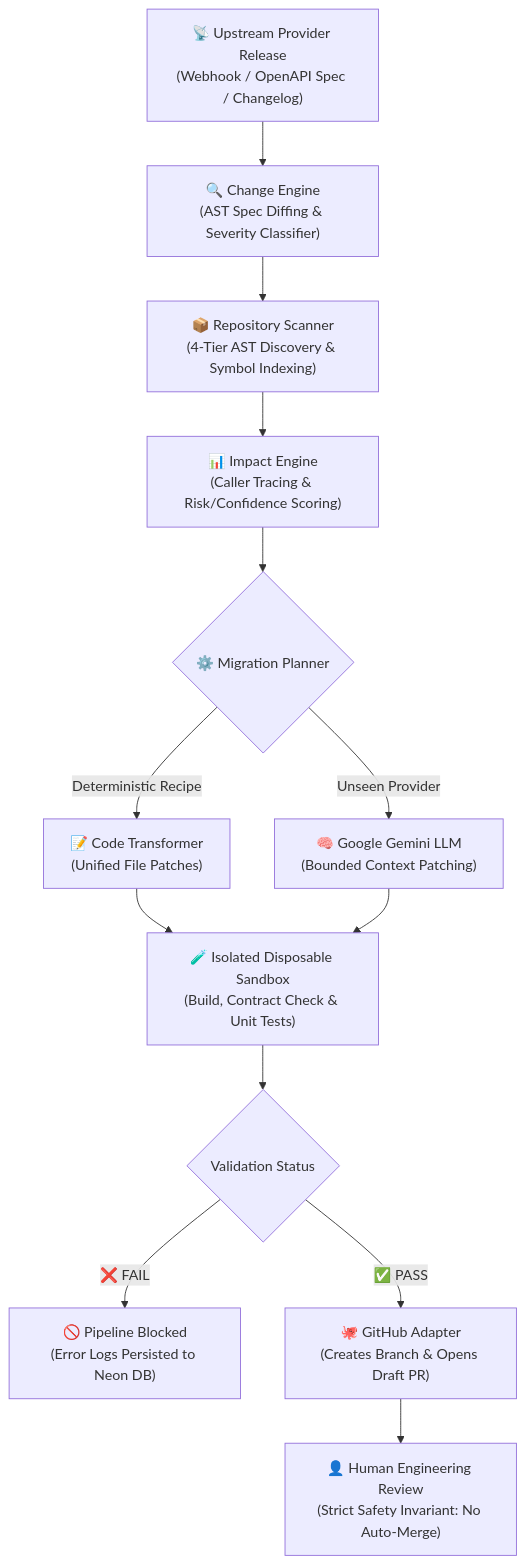
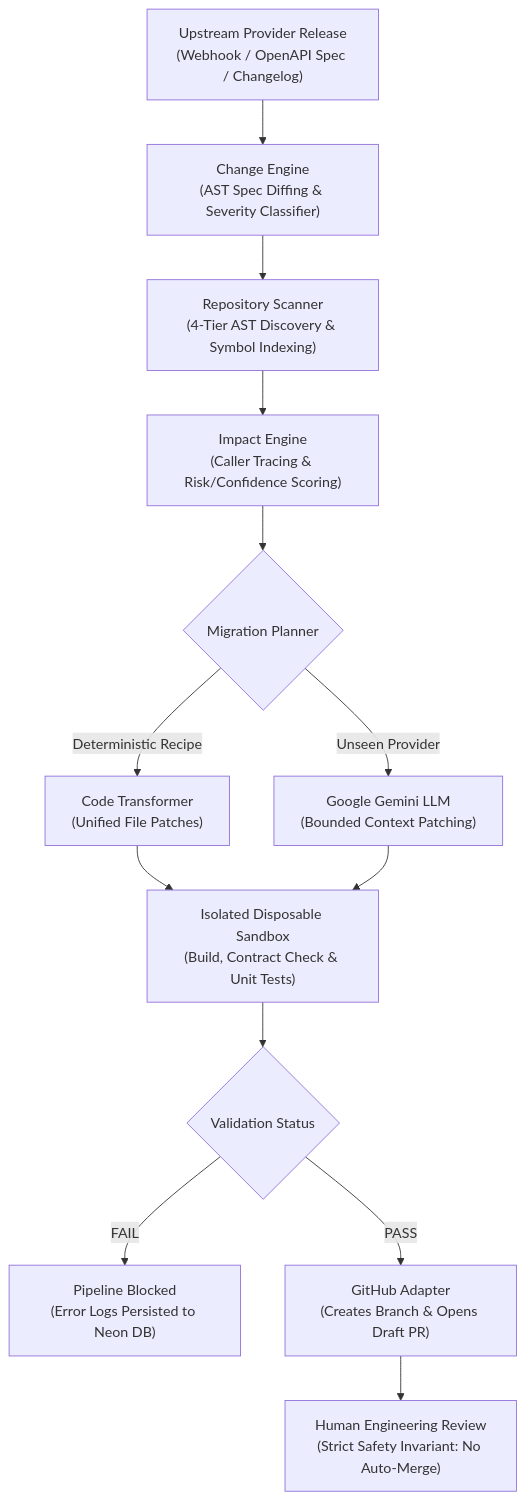
Before and after one commit to rizzzabh-06/self-maintaining-apis: the first of 2 diagrams in README.md, drawn with Mermaid. The commit also changed other lines of this file, not shown here.

````diff
--- a/README.md
+++ b/README.md
@@ -29,15 +29,15 @@
 ```mermaid
 flowchart TD
-    A["📡 Upstream Provider Release\n(Webhook / OpenAPI Spec / Changelog)"] --> B["🔍 Change Engine\n(AST Spec Diffing & Severity Classifier)"]
-    B --> C["📦 Repository Scanner\n(4-Tier AST Discovery & Symbol Indexing)"]
-    C --> D["📊 Impact Engine\n(Caller Tracing & Risk/Confidence Scoring)"]
-    D --> E{"⚙️ Migration Planner"}
-    E -->|"Deterministic Recipe"| F["📝 Code Transformer\n(Unified File Patches)"]
-    E -->|"Unseen Provider"| G["🧠 Google Gemini LLM\n(Bounded Context Patching)"]
-    F --> H["🧪 Isolated Disposable Sandbox\n(Build, Contract Check & Unit Tests)"]
+    A["Upstream Provider Release\n(Webhook / OpenAPI Spec / Changelog)"] --> B["Change Engine\n(AST Spec Diffing & Severity Classifier)"]
+    B --> C["Repository Scanner\n(4-Tier AST Discovery & Symbol Indexing)"]
+    C --> D["Impact Engine\n(Caller Tracing & Risk/Confidence Scoring)"]
+    D --> E{"Migration Planner"}
+    E -->|"Deterministic Recipe"| F["Code Transformer\n(Unified File Patches)"]
+    E -->|"Unseen Provider"| G["Google Gemini LLM\n(Bounded Context Patching)"]
+    F --> H["Isolated Disposable Sandbox\n(Build, Contract Check & Unit Tests)"]
     G --> H
     H --> I{"Validation Status"}
-    I -->|"❌ FAIL"| J["🚫 Pipeline Blocked\n(Error Logs Persisted to Neon DB)"]
-    I -->|"✅ PASS"| K["🐙 GitHub Adapter\n(Creates Branch & Opens Draft PR)"]
-    K --> L["👤 Human Engineering Review\n(Strict Safety Invariant: No Auto-Merge)"]
+    I -->|"FAIL"| J["Pipeline Blocked\n(Error Logs Persisted to Neon DB)"]
+    I -->|"PASS"| K["GitHub Adapter\n(Creates Branch & Opens Draft PR)"]
+    K --> L["Human Engineering Review\n(Strict Safety Invariant: No Auto-Merge)"]
 ```
````
